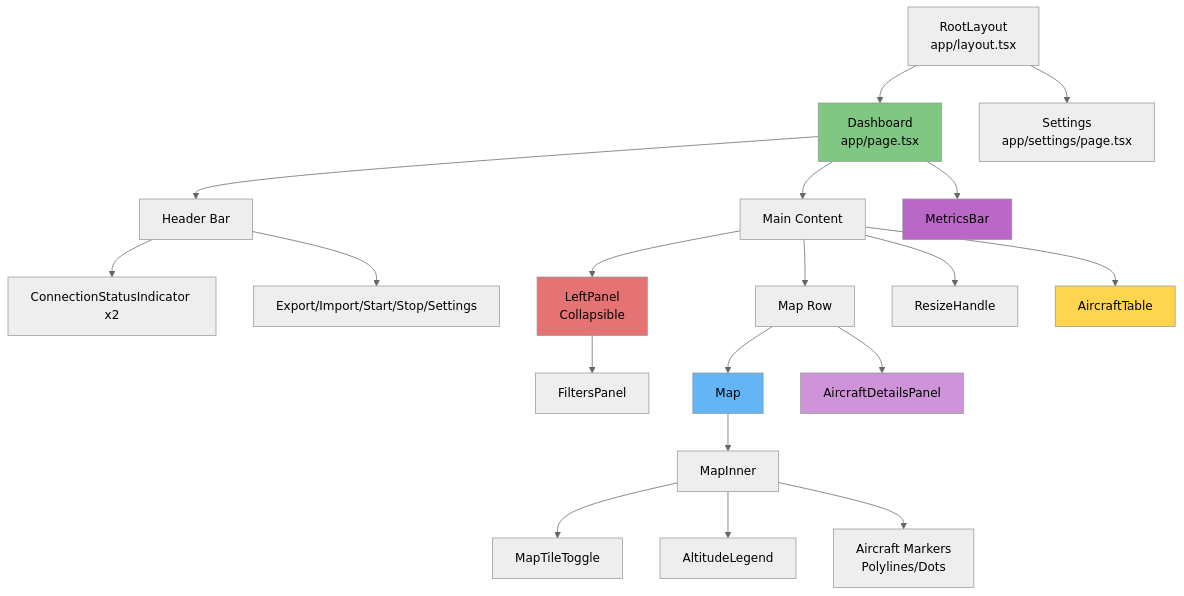
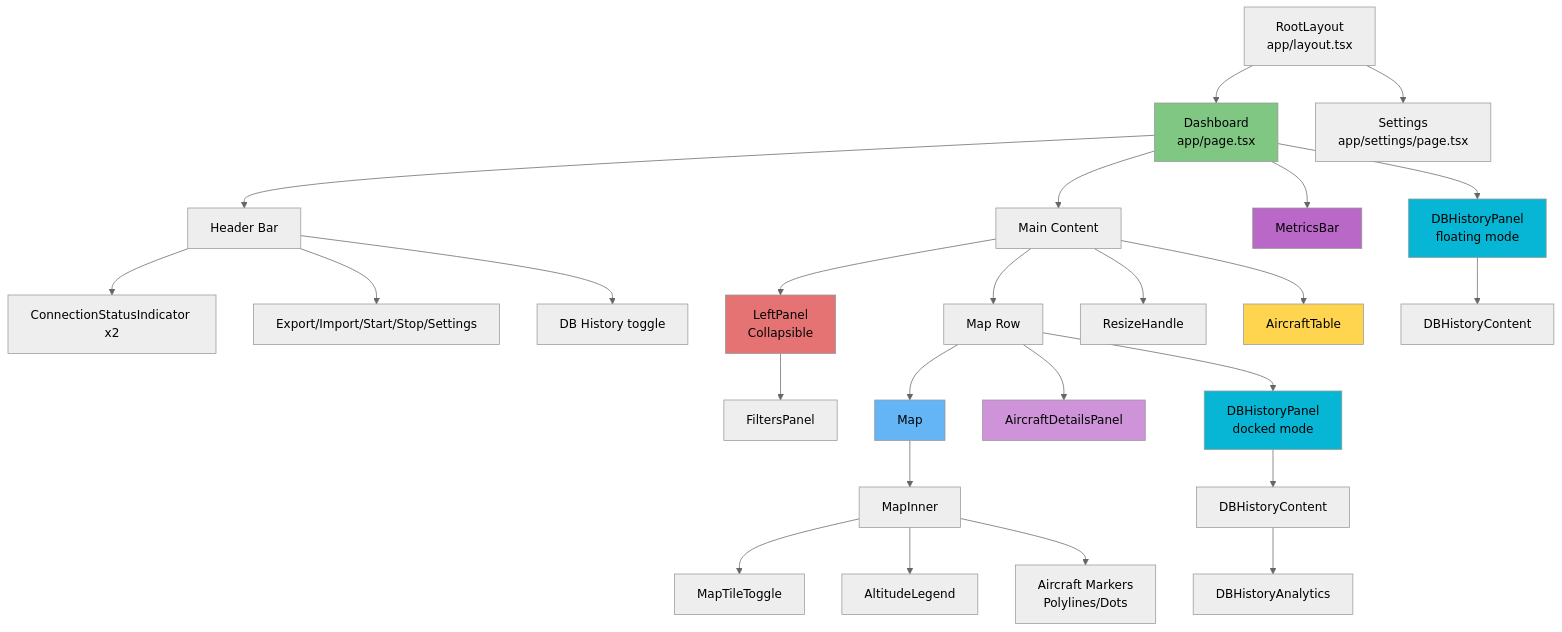
One commit to bnassivet/adsb-feed changed the third of 10 diagrams in rust/adsb-pulsar-client-desktop/docs/DESIGN.md. Above: the diagram before and after it, drawn with Mermaid (neutral theme). The commit also changed other lines of this file and 31 other files, not shown here.

First line of the commit message:
feat: promote DB History into first-class docked/floating panel with analytics

````diff
--- a/rust/adsb-pulsar-client-desktop/docs/DESIGN.md
+++ b/rust/adsb-pulsar-client-desktop/docs/DESIGN.md
@@ -222,33 +238,42 @@
 ```mermaid
 graph TD
     Root[RootLayout<br/>app/layout.tsx] --> Dashboard[Dashboard<br/>app/page.tsx]
     Root --> Settings[Settings<br/>app/settings/page.tsx]
 
     Dashboard --> Header[Header Bar]
     Dashboard --> MainContent[Main Content]
     Dashboard --> Footer[MetricsBar]
+    Dashboard --> FloatingDBHistory[DBHistoryPanel<br/>floating mode]
 
     Header --> StatusIndicators[ConnectionStatusIndicator x2]
     Header --> Controls[Export/Import/Start/Stop/Settings]
+    Header --> DBHistoryToggle[DB History toggle]
 
     MainContent --> LeftPanel[LeftPanel<br/>Collapsible]
     LeftPanel --> FiltersPanel[FiltersPanel]
     MainContent --> MapRow[Map Row]
     MainContent --> ResizeHandle
     MainContent --> Table[AircraftTable]
 
     MapRow --> Map[Map]
     MapRow --> DetailsPanel[AircraftDetailsPanel]
+    MapRow --> DockedDBHistory[DBHistoryPanel<br/>docked mode]
+
+    DockedDBHistory --> DBHistoryContent
+    FloatingDBHistory --> DBHistoryContent2[DBHistoryContent]
+    DBHistoryContent --> DBHistoryAnalytics
 
     Map --> MapInner[MapInner]
     MapInner --> MapTileToggle
     MapInner --> AltitudeLegend
     MapInner --> LeafletMarkers[Aircraft Markers<br/>Polylines/Dots]
 
     style Dashboard fill:#81C784
     style Map fill:#64B5F6
     style Table fill:#FFD54F
     style LeftPanel fill:#E57373
     style Footer fill:#BA68C8
     style DetailsPanel fill:#CE93D8
+    style DockedDBHistory fill:#06b6d4
+    style FloatingDBHistory fill:#06b6d4
 ```
````
